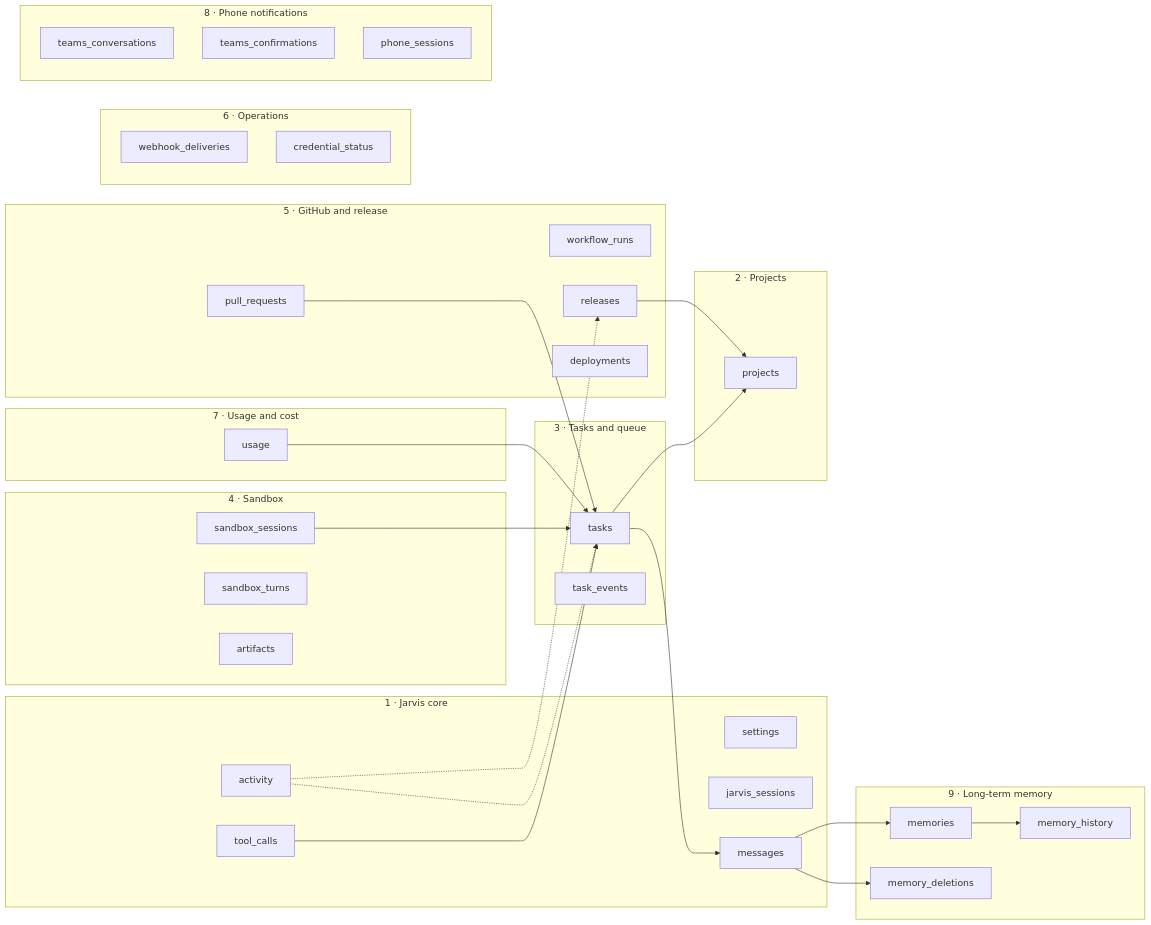
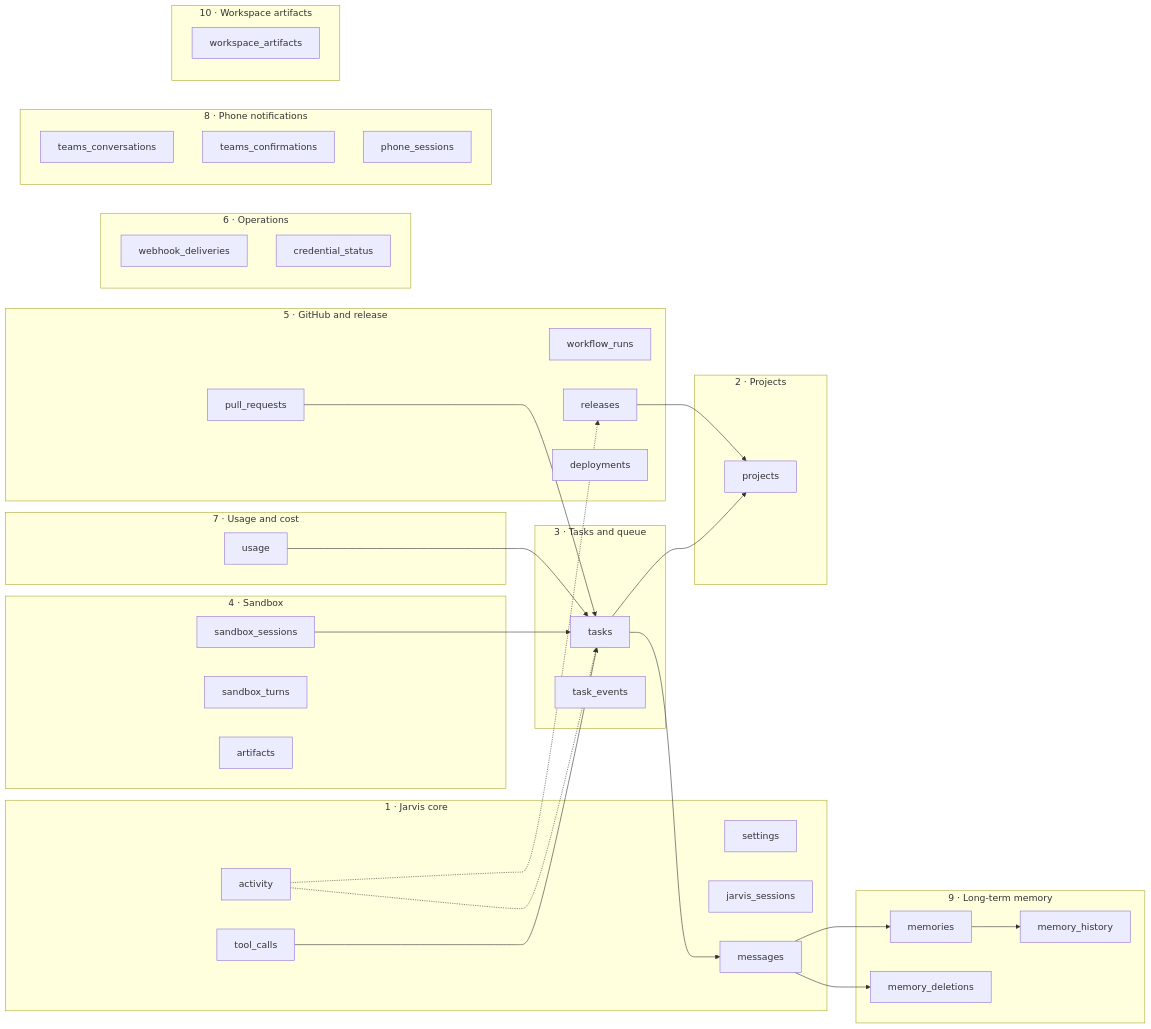
Before and after one commit to DanAakesen/jarvis: the first of 9 diagrams in docs/data-model.md, drawn with Mermaid. The commit also changed other lines of this file and 48 other files, not shown here.

First line of the commit message:
P7-15: Add image and video generation with workspace artifacts (#320)

````diff
--- a/docs/data-model.md
+++ b/docs/data-model.md
@@ -59,57 +69,60 @@
 ```mermaid
 flowchart LR
     subgraph CORE["1 · Jarvis core"]
         settings
         jarvis_sessions
         messages
         tool_calls
         activity
     end
     subgraph PROJ["2 · Projects"]
         projects
     end
     subgraph TASK["3 · Tasks and queue"]
         tasks
         task_events
     end
     subgraph SANDBOX["4 · Sandbox"]
         sandbox_sessions
         sandbox_turns
         artifacts
     end
     subgraph REL["5 · GitHub and release"]
         pull_requests
         workflow_runs
         releases
         deployments
     end
     subgraph USE["7 · Usage and cost"]
         usage
     end
     subgraph MEMORY["9 · Long-term memory"]
         memories
         memory_history
         memory_deletions
     end
     subgraph OPS["6 · Operations"]
         webhook_deliveries
         credential_status
     end
     subgraph PHONE["8 · Phone notifications"]
         teams_conversations
         teams_confirmations
         phone_sessions
     end
+    subgraph WORKSPACE["10 · Workspace artifacts"]
+        workspace_artifacts
+    end
     tool_calls --> tasks
     tasks --> projects
     sandbox_sessions --> tasks
     pull_requests --> tasks
     releases --> projects
     activity -.-> tasks
     activity -.-> releases
     usage --> tasks
     tasks --> messages
     messages --> memories
     memories --> memory_history
     messages --> memory_deletions
 ```
````
